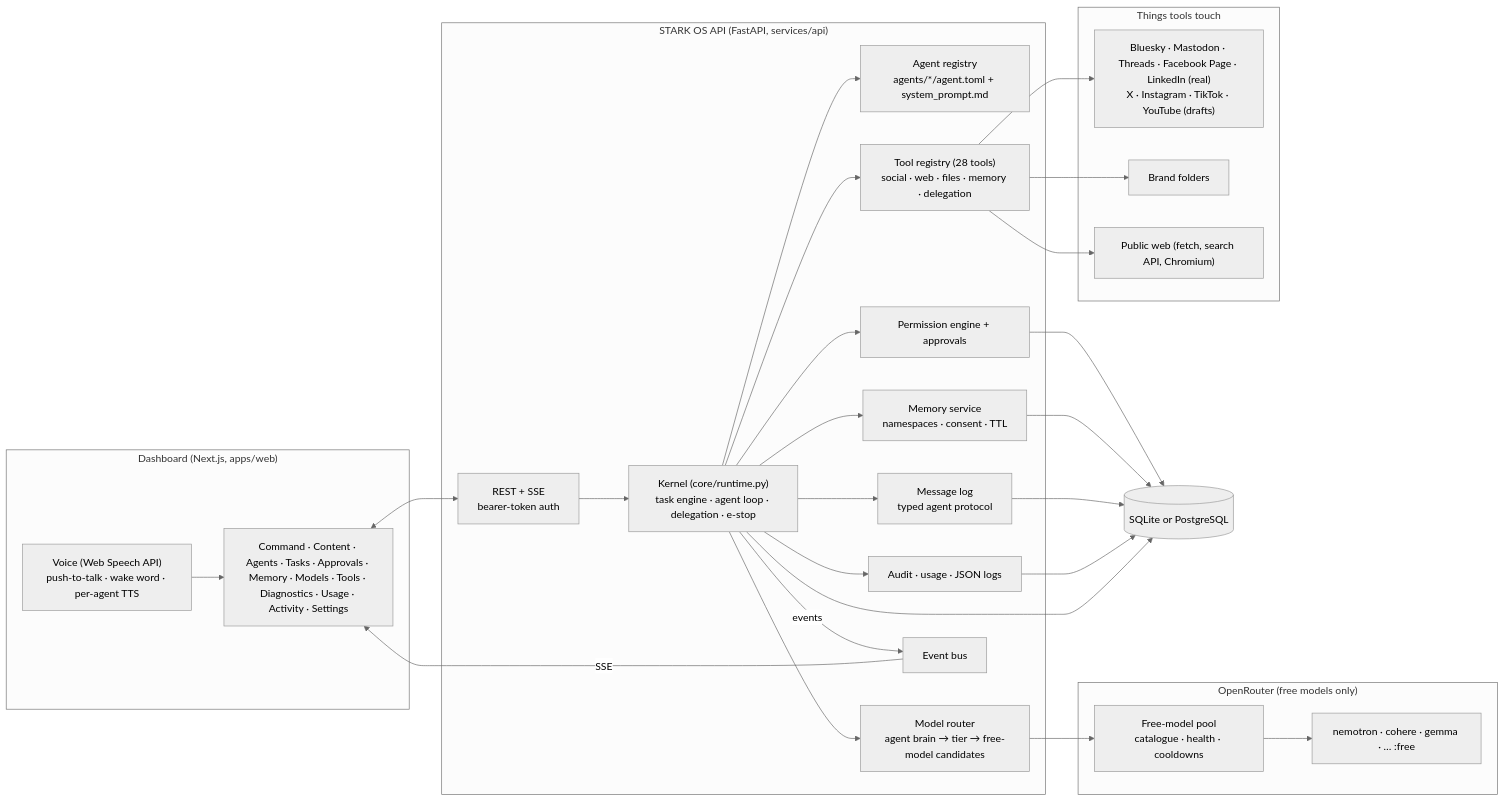
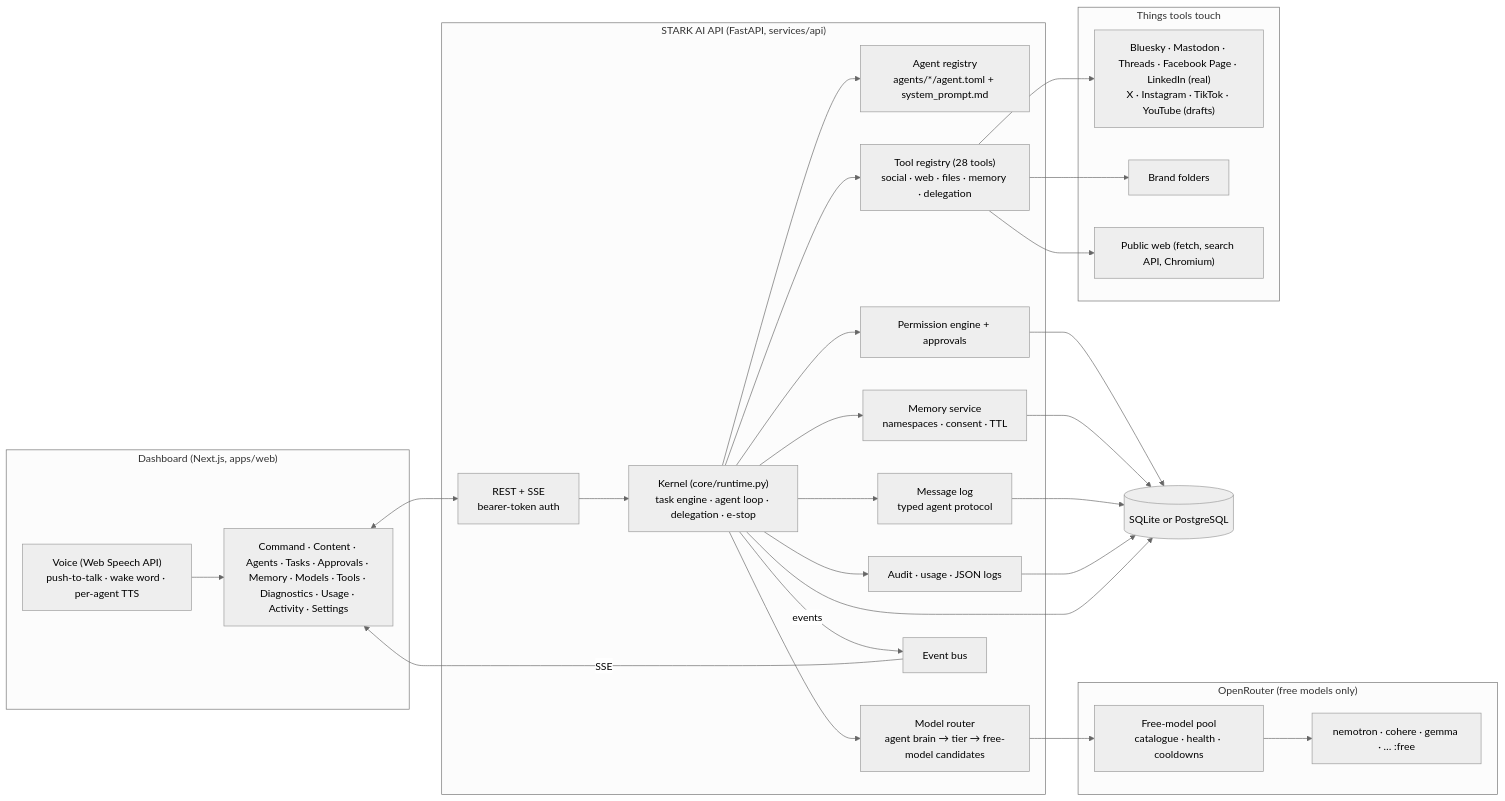
One commit to Shahrukhalid/stark-os changed the first of 5 diagrams in docs/ARCHITECTURE.md. Above: the diagram before and after it, drawn with Mermaid (neutral theme). The commit also changed other lines of this file and 108 other files, not shown here.

````diff
--- a/docs/ARCHITECTURE.md
+++ b/docs/ARCHITECTURE.md
@@ -11,42 +11,42 @@
 ```mermaid
 flowchart LR
   subgraph Browser["Dashboard (Next.js, apps/web)"]
     UI["Command · Content · Agents · Tasks · Approvals · Memory · Models · Tools · Diagnostics · Usage · Activity · Settings"]
     Voice["Voice (Web Speech API)<br/>push-to-talk · wake word · per-agent TTS"]
   end
 
-  subgraph API["STARK OS API (FastAPI, services/api)"]
+  subgraph API["STARK AI API (FastAPI, services/api)"]
     HTTP["REST + SSE<br/>bearer-token auth"]
     Kernel["Kernel (core/runtime.py)<br/>task engine · agent loop · delegation · e-stop"]
     Reg["Agent registry<br/>agents/*/agent.toml + system_prompt.md"]
     Router["Model router<br/>agent brain → tier → free-model candidates"]
     Perm["Permission engine + approvals"]
     Tools["Tool registry (28 tools)<br/>social · web · files · memory · delegation"]
     Mem["Memory service<br/>namespaces · consent · TTL"]
     Msg["Message log<br/>typed agent protocol"]
     Obs["Audit · usage · JSON logs"]
     Bus["Event bus"]
   end
 
   subgraph Providers["OpenRouter (free models only)"]
     Pool["Free-model pool<br/>catalogue · health · cooldowns"]
     Models["nemotron · cohere · gemma · … :free"]
   end
 
   subgraph World["Things tools touch"]
     Social["Bluesky · Mastodon · Threads · Facebook Page · LinkedIn (real)<br/>X · Instagram · TikTok · YouTube (drafts)"]
     FS["Brand folders"]
     Web["Public web (fetch, search API, Chromium)"]
   end
 
   DB[("SQLite or PostgreSQL")]
 
   UI <--> HTTP
   Voice --> UI
   HTTP --> Kernel
   Kernel --> Reg & Router & Perm & Tools & Mem & Msg & Obs
   Kernel -- events --> Bus -- SSE --> UI
   Router --> Pool --> Models
   Tools --> Social & FS & Web
   Perm & Mem & Msg & Obs & Kernel --> DB
 ```
````
